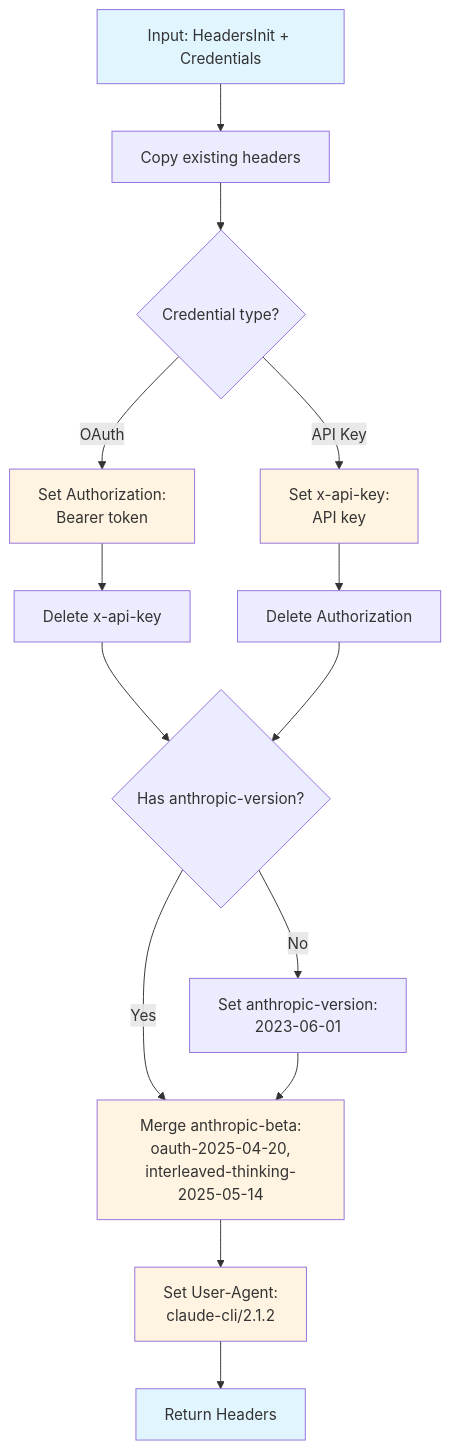
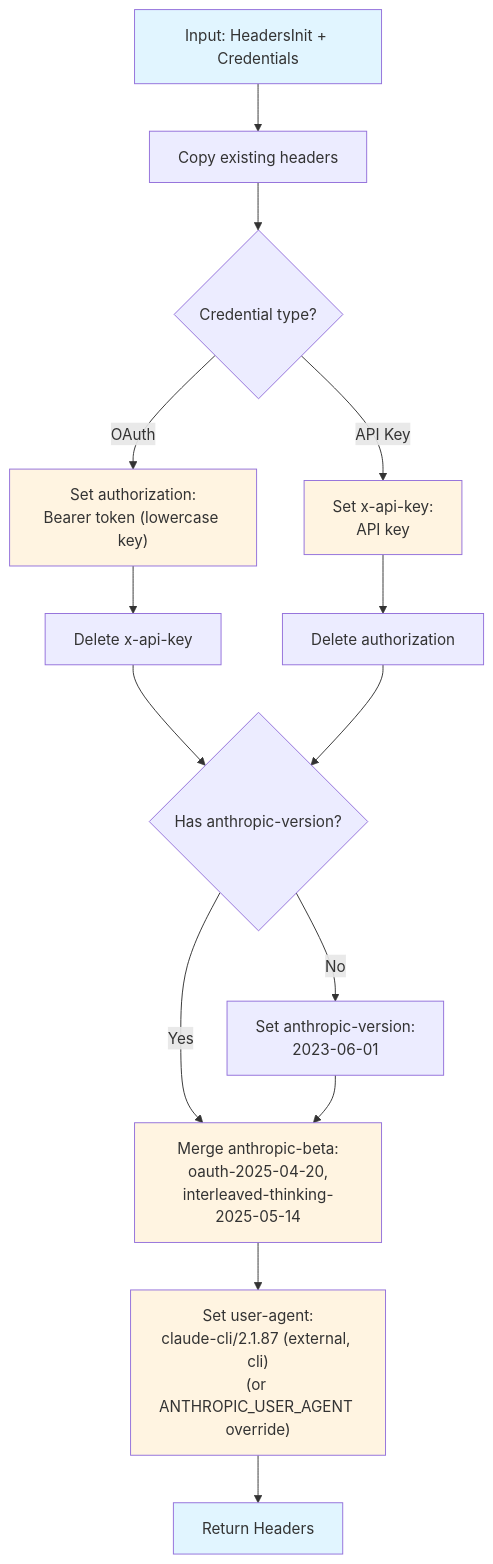
Before and after one commit to cipher-rc5/not-anthropic-oauth: the seventh of 12 diagrams in docs/ARCHITECTURE.md, drawn with Mermaid. The commit also changed other lines of this file and 29 other files, not shown here.

````diff
--- a/docs/ARCHITECTURE.md
+++ b/docs/ARCHITECTURE.md
@@ -302,31 +329,31 @@
 ```mermaid
 graph TB
     Start[Input: HeadersInit + Credentials] --> CopyHeaders[Copy existing headers]
     
     CopyHeaders --> CheckType{Credential type?}
     
-    CheckType -->|OAuth| SetBearer[Set Authorization:<br/>Bearer token]
+    CheckType -->|OAuth| SetBearer["Set authorization:<br/>Bearer token (lowercase key)"]
     CheckType -->|API Key| SetApiKey[Set x-api-key:<br/>API key]
     
     SetBearer --> DeleteApiKey[Delete x-api-key]
-    SetApiKey --> DeleteBearer[Delete Authorization]
+    SetApiKey --> DeleteBearer[Delete authorization]
     
     DeleteApiKey --> CheckVersion{Has anthropic-version?}
     DeleteBearer --> CheckVersion
     
     CheckVersion -->|No| SetVersion[Set anthropic-version:<br/>2023-06-01]
     CheckVersion -->|Yes| MergeBetas
     
-    SetVersion --> MergeBetas[Merge anthropic-beta:<br/>oauth-2025-04-20,<br/>interleaved-thinking-2025-05-14]
+    SetVersion --> MergeBetas["Merge anthropic-beta:<br/>oauth-2025-04-20,<br/>interleaved-thinking-2025-05-14"]
     
-    MergeBetas --> SetUserAgent[Set User-Agent:<br/>claude-cli/2.1.2]
+    MergeBetas --> SetUserAgent["Set user-agent:<br/>claude-cli/2.1.87 (external, cli)<br/>(or ANTHROPIC_USER_AGENT override)"]
     
     SetUserAgent --> Done[Return Headers]
     
     style Start fill:#e1f5ff
     style Done fill:#e1f5ff
     style SetBearer fill:#fff4e1
     style SetApiKey fill:#fff4e1
     style MergeBetas fill:#fff4e1
     style SetUserAgent fill:#fff4e1
 ```
````
